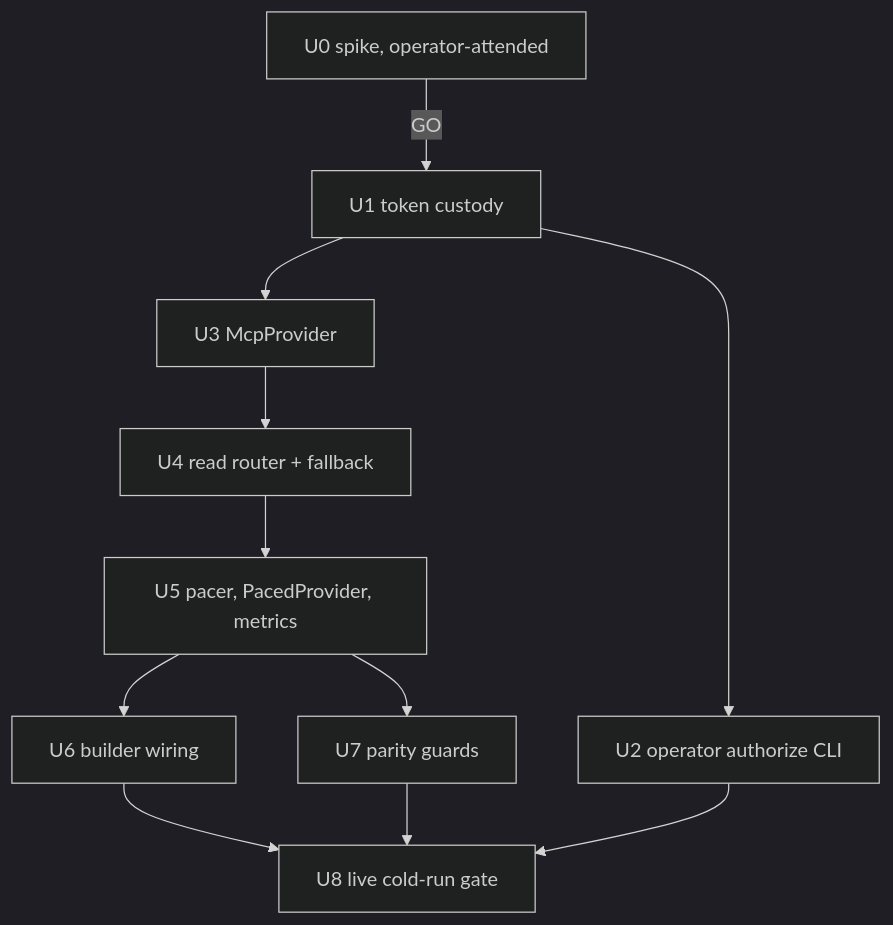
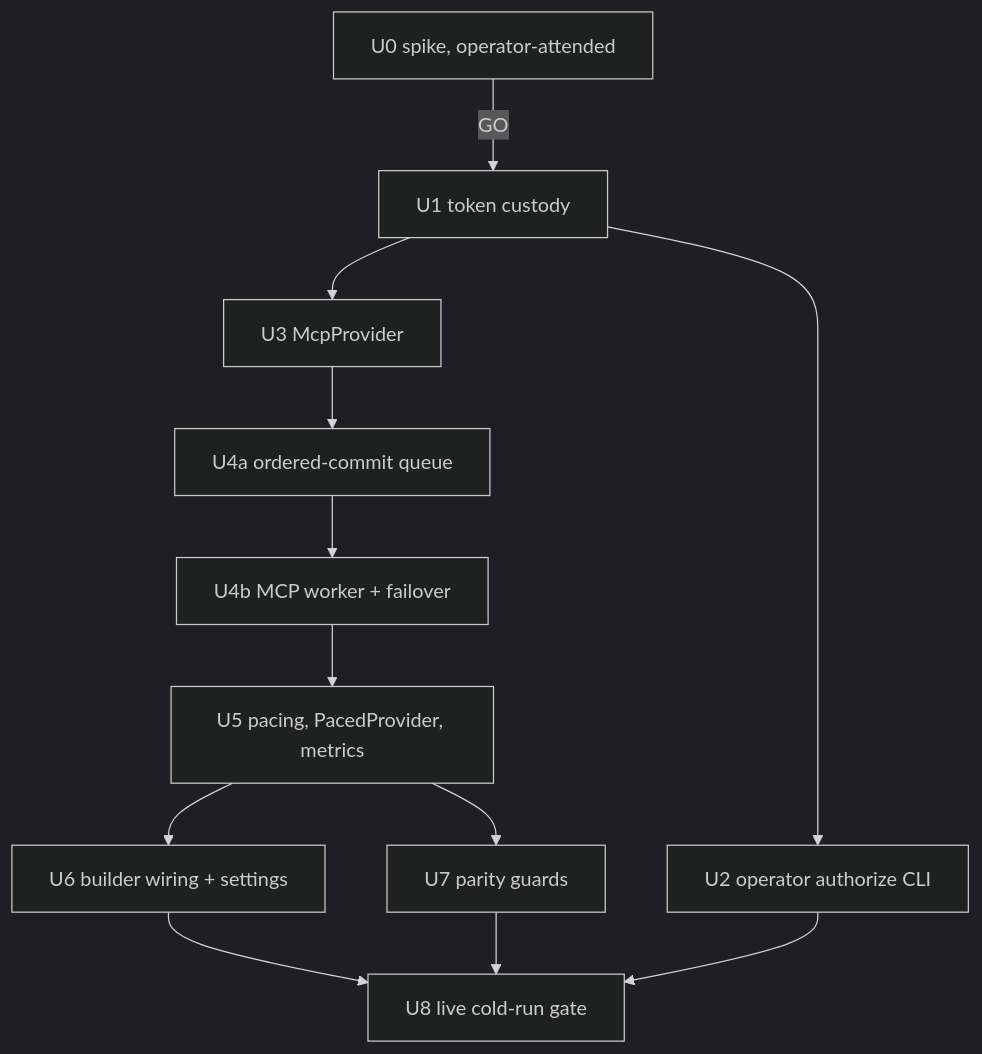
Before and after one commit to asing44/TDTB: the diagram in docs/plans/2026-11-06-1130-feat-capacities-mcp-reader-plan.md, drawn with Mermaid (dark theme). The commit also changed other lines of this file, not shown here.

Commit message:
docs: MCP reader plan becomes a dual-source splitter

````diff
--- a/docs/plans/2026-11-06-1130-feat-capacities-mcp-reader-plan.md
+++ b/docs/plans/2026-11-06-1130-feat-capacities-mcp-reader-plan.md
@@ -155,13 +181,14 @@
 ```mermaid
 flowchart TB
   U0[U0 spike, operator-attended] -->|GO| U1[U1 token custody]
   U1 --> U2[U2 operator authorize CLI]
   U1 --> U3[U3 McpProvider]
-  U3 --> U4[U4 read router + fallback]
-  U4 --> U5[U5 pacer, PacedProvider, metrics]
-  U5 --> U6[U6 builder wiring]
+  U3 --> U4a[U4a ordered-commit queue]
+  U4a --> U4b[U4b MCP worker + failover]
+  U4b --> U5[U5 pacing, PacedProvider, metrics]
+  U5 --> U6[U6 builder wiring + settings]
   U5 --> U7[U7 parity guards]
   U6 --> U8[U8 live cold-run gate]
   U7 --> U8
   U2 --> U8
 ```
````
